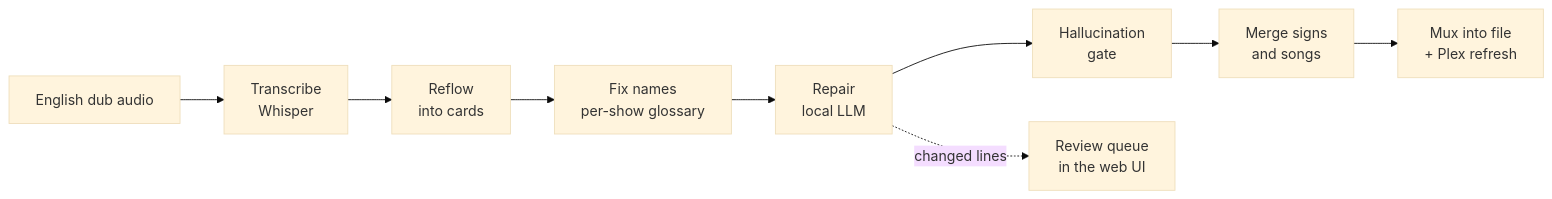
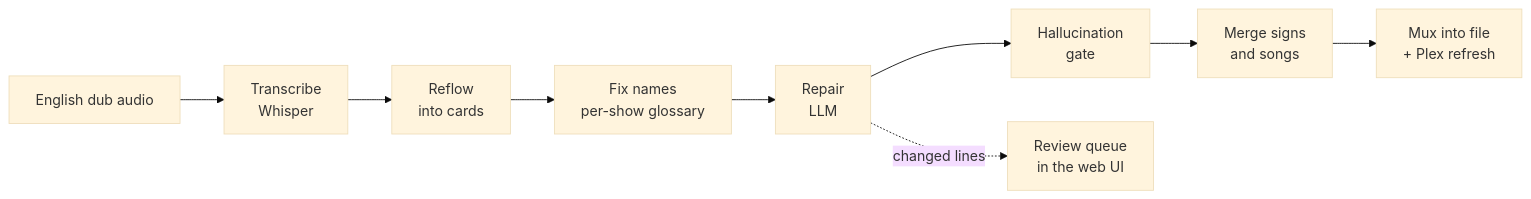
One commit to XenaRathon/DubTitlerr changed the diagram in README.md. Above: the diagram before and after it, drawn with Mermaid (base theme). The commit also changed other lines of this file and 4 other files, not shown here.

````diff
--- a/README.md
+++ b/README.md
@@ -27,11 +27,11 @@
 ```mermaid
 flowchart LR
     A[English dub audio] --> B[Transcribe<br/>Whisper]
     B --> C[Reflow<br/>into cards]
     C --> D[Fix names<br/>per-show glossary]
-    D --> E[Repair<br/>local LLM]
+    D --> E[Repair<br/>LLM]
     E --> F[Hallucination<br/>gate]
     F --> G[Merge signs<br/>and songs]
     G --> H[Mux into file<br/>+ Plex refresh]
     E -. changed lines .-> R[Review queue<br/>in the web UI]
 ```
````
